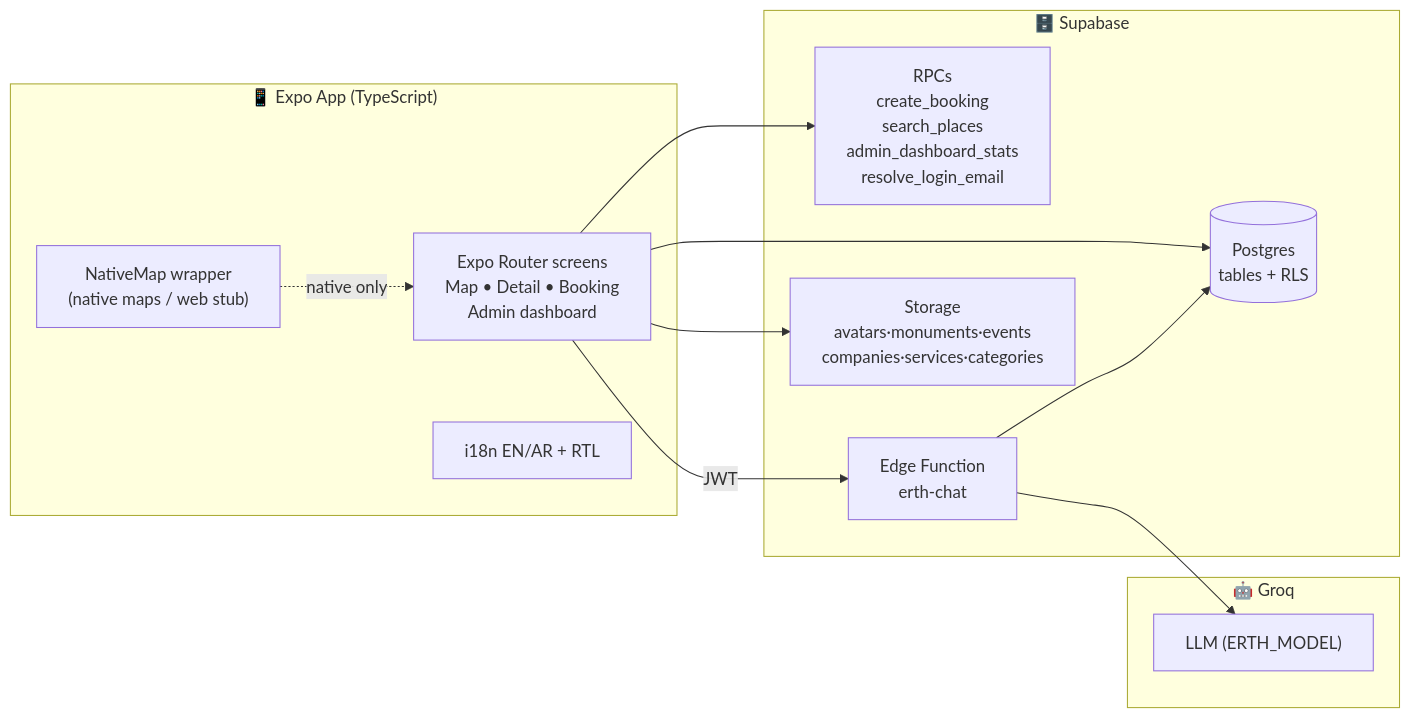
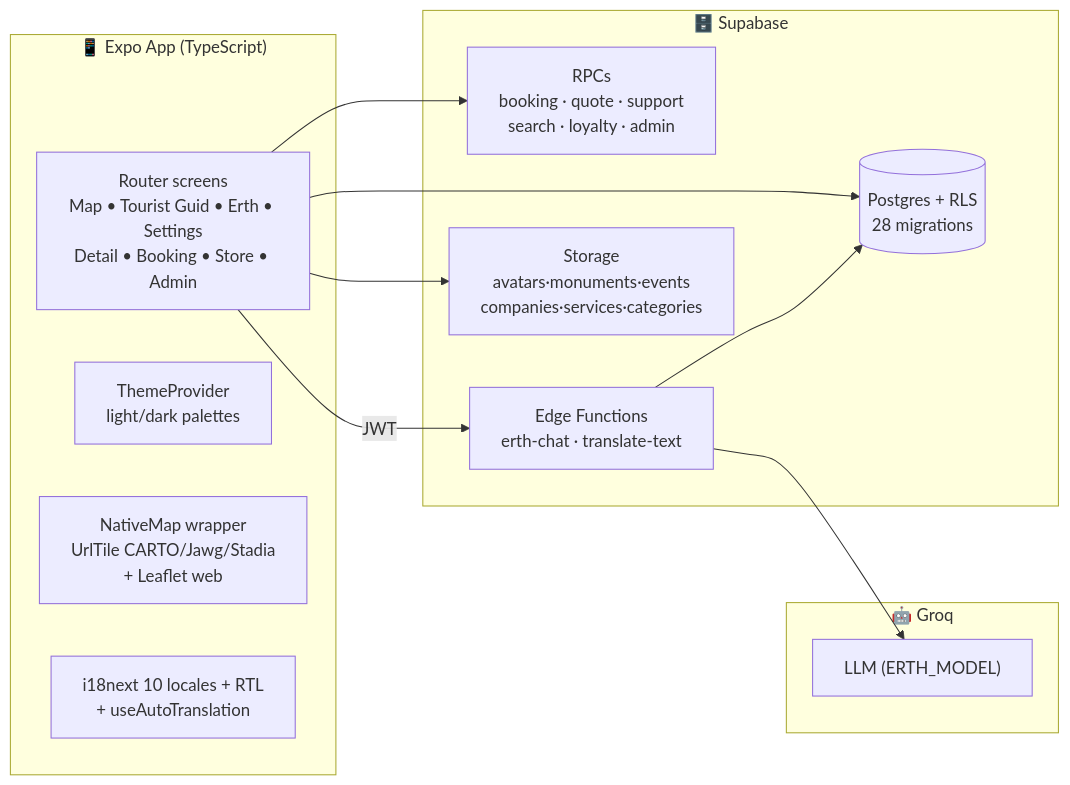
The diagram in README.md (AM3DEV/EARTH), drawn with Mermaid before and after one commit. The commit also changed other lines of this file and 110 other files, not shown here.

````diff
--- a/README.md
+++ b/README.md
@@ -184,24 +168,24 @@
 ```mermaid
 flowchart LR
     subgraph Client["📱 Expo App (TypeScript)"]
-        UI["Expo Router screens\nMap • Detail • Booking\nAdmin dashboard"]
-        MAP["NativeMap wrapper\n(native maps / web stub)"]
-        I18N["i18n EN/AR + RTL"]
+        UI["Router screens\nMap • Tourist Guid • Erth • Settings\nDetail • Booking • Store • Admin"]
+        THEME["ThemeProvider\nlight/dark palettes"]
+        MAP["NativeMap wrapper\nUrlTile CARTO/Jawg/Stadia\n+ Leaflet web"]
+        I18N["i18next 10 locales + RTL\n+ useAutoTranslation"]
     end
     subgraph Server["🗄️ Supabase"]
-        PG[("Postgres\ntables + RLS")]
-        RPC["RPCs\ncreate_booking\nsearch_places\nadmin_dashboard_stats\nresolve_login_email"]
-        EDGE["Edge Function\nerth-chat"]
+        PG[("Postgres + RLS\n28 migrations")]
+        RPC["RPCs\nbooking · quote · support\nsearch · loyalty · admin"]
+        EDGE["Edge Functions\nerth-chat · translate-text"]
         STOR["Storage\navatars·monuments·events\ncompanies·services·categories"]
     end
     subgraph AI["🤖 Groq"]
         LLM["LLM (ERTH_MODEL)"]
     end
     UI --> PG
     UI --> RPC
     UI -->|JWT| EDGE
     UI --> STOR
-    MAP -.->|native only| UI
     EDGE --> PG
     EDGE --> LLM
 ```
````
